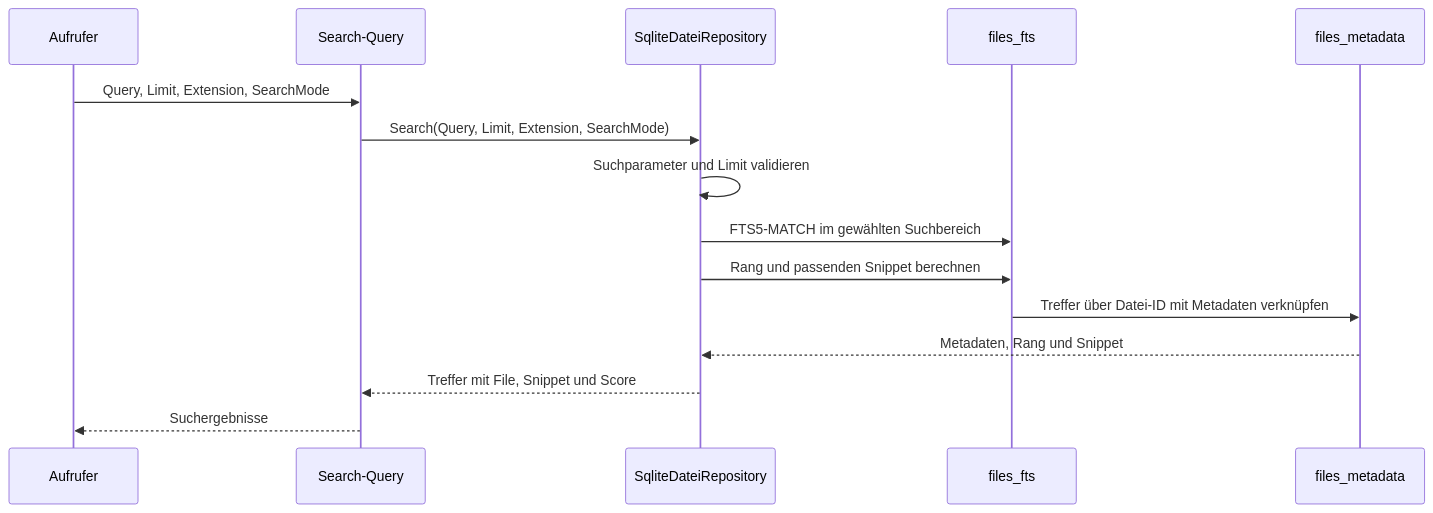
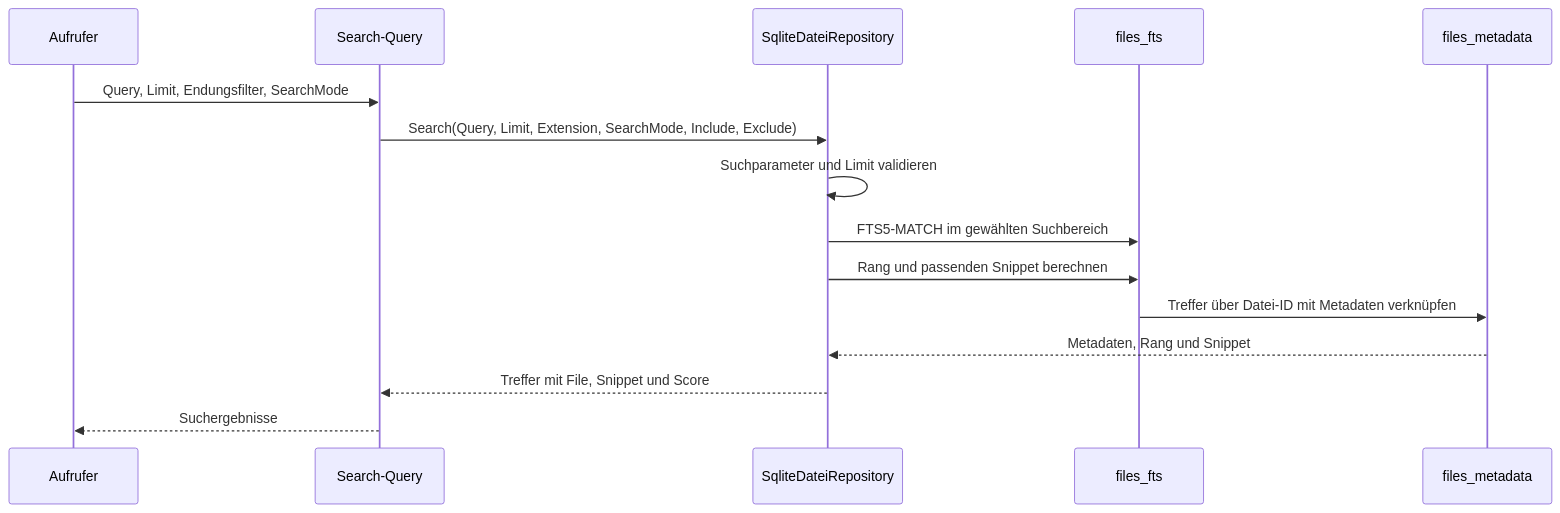
Diagram 11 of 12 in DATABASE.md (Henry-lge/PowerShell-Suchmaschine), drawn with Mermaid before and after one commit. The commit also changed other lines of this file and 4 other files, not shown here.

````diff
--- a/DATABASE.md
+++ b/DATABASE.md
@@ -1050,17 +1077,17 @@
 ```mermaid
 sequenceDiagram
     participant Caller as Aufrufer
     participant Query as Search-Query
     participant Repo as SqliteDateiRepository
     participant FTS as files_fts
     participant Meta as files_metadata
-    Caller->>Query: Query, Limit, Extension, SearchMode
-    Query->>Repo: Search(Query, Limit, Extension, SearchMode)
+    Caller->>Query: Query, Limit, Endungsfilter, SearchMode
+    Query->>Repo: Search(Query, Limit, Extension, SearchMode, Include, Exclude)
     Repo->>Repo: Suchparameter und Limit validieren
     Repo->>FTS: FTS5-MATCH im gewählten Suchbereich
     Repo->>FTS: Rang und passenden Snippet berechnen
     FTS->>Meta: Treffer über Datei-ID mit Metadaten verknüpfen
     Meta-->>Repo: Metadaten, Rang und Snippet
     Repo-->>Query: Treffer mit File, Snippet und Score
     Query-->>Caller: Suchergebnisse
 ```
````
